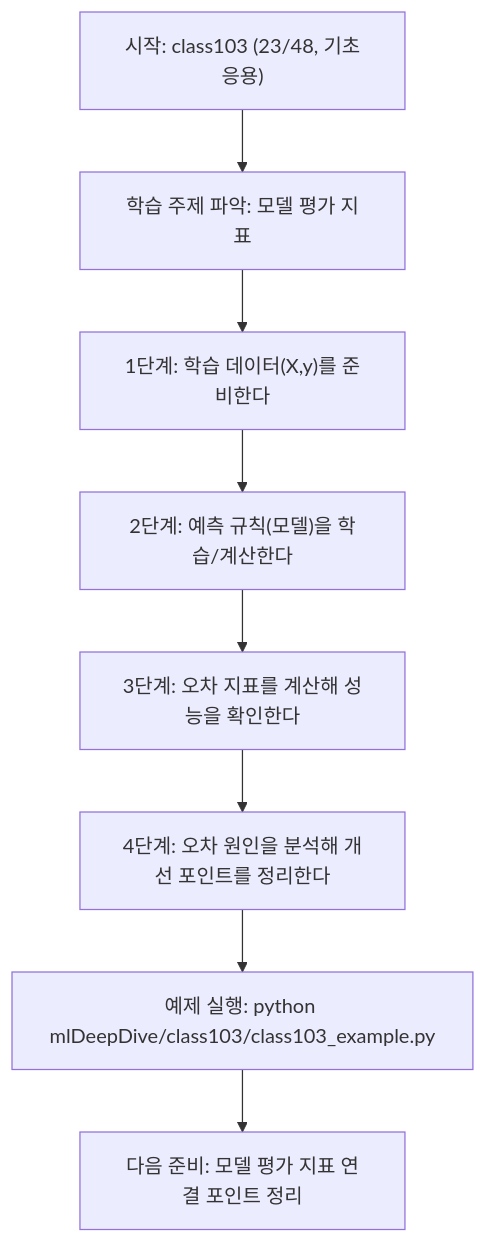
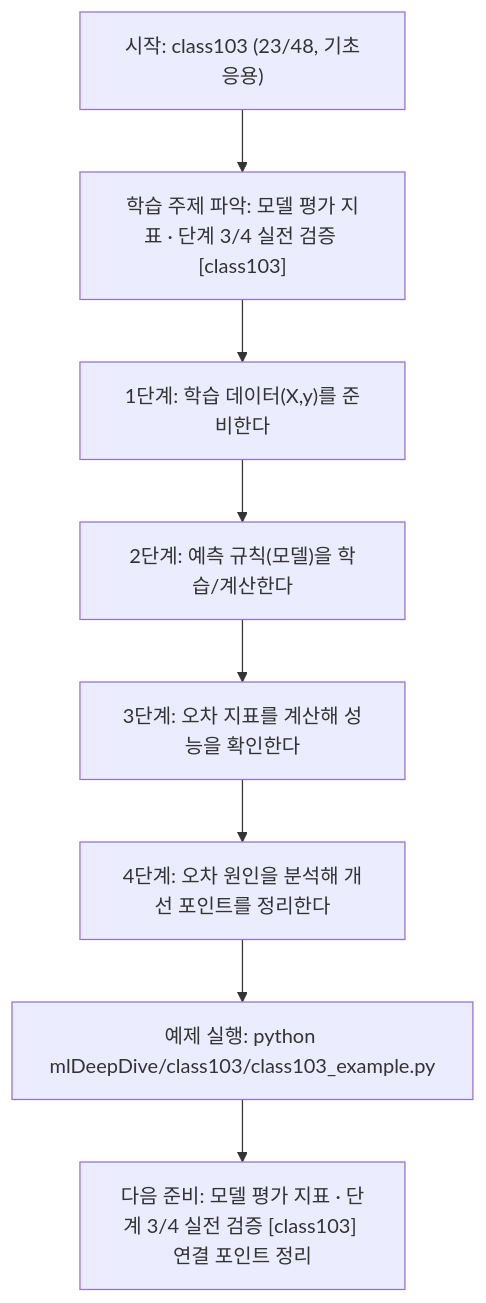
The diagram in mlDeepDive/class103/class103.md (edumgt/Python-AI_Agent-Class), drawn with Mermaid before and after one commit. The commit also changed other lines of this file and 522 other files, not shown here.

````diff
--- a/mlDeepDive/class103/class103.md
+++ b/mlDeepDive/class103/class103.md
@@ -109,18 +110,18 @@
 ```mermaid
 flowchart TD
 N1["시작: class103 (23/48, 기초응용)"]
-N2["학습 주제 파악: 모델 평가 지표"]
+N2["학습 주제 파악: 모델 평가 지표 · 단계 3/4 실전 검증 [class103]"]
 N3["1단계: 학습 데이터(X,y)를 준비한다"]
 N4["2단계: 예측 규칙(모델)을 학습/계산한다"]
 N5["3단계: 오차 지표를 계산해 성능을 확인한다"]
 N6["4단계: 오차 원인을 분석해 개선 포인트를 정리한다"]
 N7["예제 실행: python mlDeepDive/class103/class103_example.py"]
-N8["다음 준비: 모델 평가 지표 연결 포인트 정리"]
+N8["다음 준비: 모델 평가 지표 · 단계 3/4 실전 검증 [class103] 연결 포인트 정리"]
 N1 --> N2
 N2 --> N3
 N3 --> N4
 N4 --> N5
 N5 --> N6
 N6 --> N7
 N7 --> N8
 ```
````
